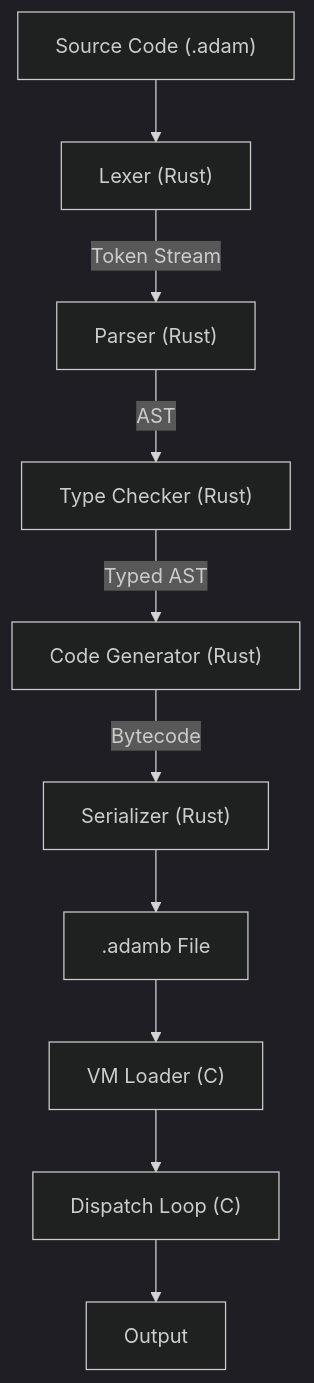
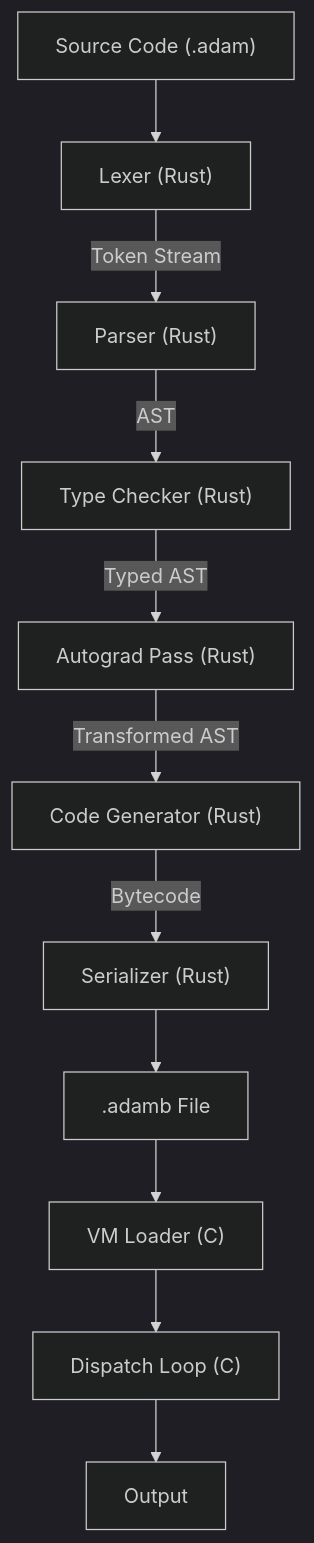
The diagram in docs/architecture.md (adgranoff/adam-lang), drawn with Mermaid (dark theme) before and after one commit. The commit also changed other lines of this file and 26 other files, not shown here.

First line of the commit message:
Add shape-typed tensors, autograd, and tensor runtime

````diff
--- a/docs/architecture.md
+++ b/docs/architecture.md
@@ -7,12 +7,13 @@
 ```mermaid
 graph TD
     A["Source Code (.adam)"] --> B["Lexer (Rust)"]
     B -->|Token Stream| C["Parser (Rust)"]
     C -->|AST| D["Type Checker (Rust)"]
-    D -->|Typed AST| E["Code Generator (Rust)"]
+    D -->|Typed AST| D2["Autograd Pass (Rust)"]
+    D2 -->|Transformed AST| E["Code Generator (Rust)"]
     E -->|Bytecode| F["Serializer (Rust)"]
     F --> G[".adamb File"]
     G --> H["VM Loader (C)"]
     H --> I["Dispatch Loop (C)"]
     I --> J["Output"]
 ```
````
